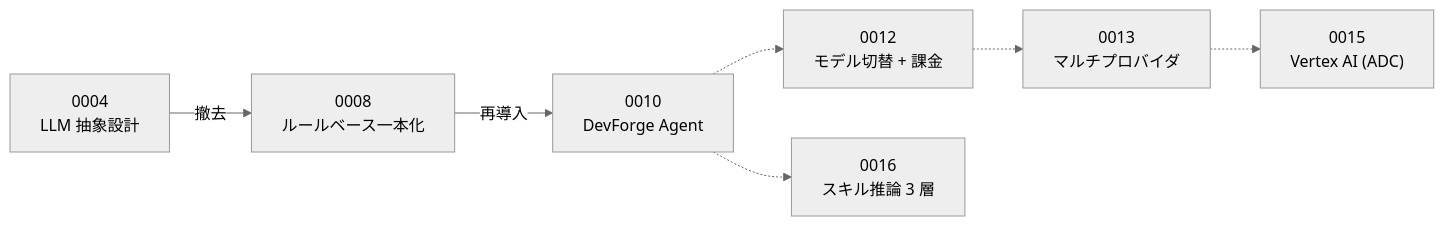
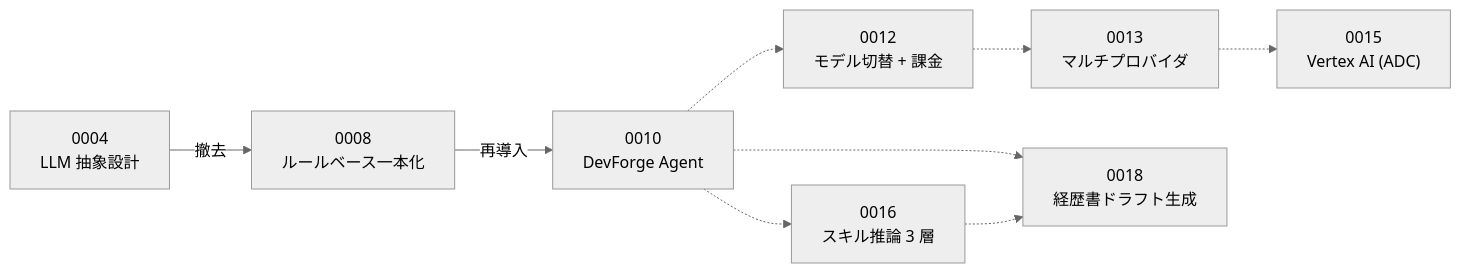
The first of 4 diagrams in docs/adr/README.md (yusuke0610/devforge), drawn with Mermaid (neutral theme) before and after one commit. The commit also changed other lines of this file and 32 other files, not shown here.

````diff
--- a/docs/adr/README.md
+++ b/docs/adr/README.md
@@ -57,9 +59,11 @@
 ```mermaid
 graph LR
     A0004["0004<br/>LLM 抽象設計"] -->|"撤去"| A0008["0008<br/>ルールベース一本化"]
     A0008 -->|"再導入"| A0010["0010<br/>DevForge Agent"]
     A0010 -.-> A0012["0012<br/>モデル切替 + 課金"]
     A0012 -.-> A0013["0013<br/>マルチプロバイダ"]
     A0013 -.-> A0015["0015<br/>Vertex AI (ADC)"]
     A0010 -.-> A0016["0016<br/>スキル推論 3 層"]
+    A0010 -.-> A0018["0018<br/>経歴書ドラフト生成"]
+    A0016 -.-> A0018
 ```
````
